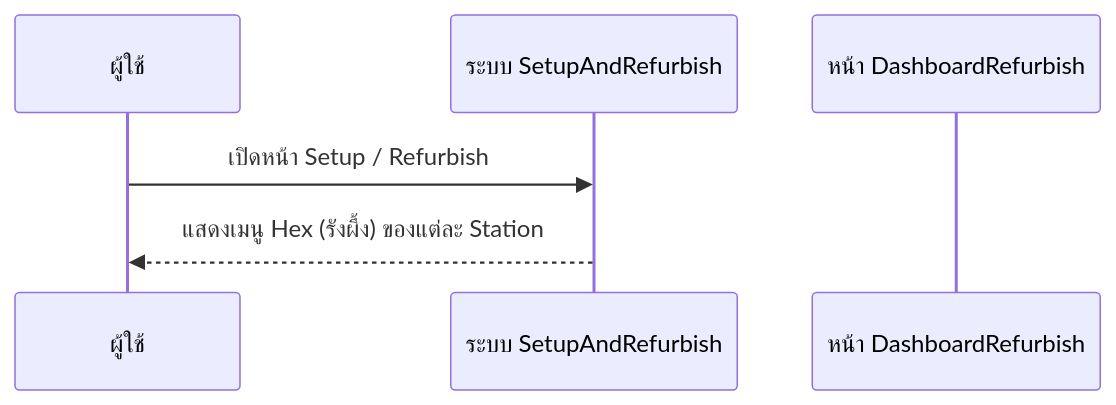
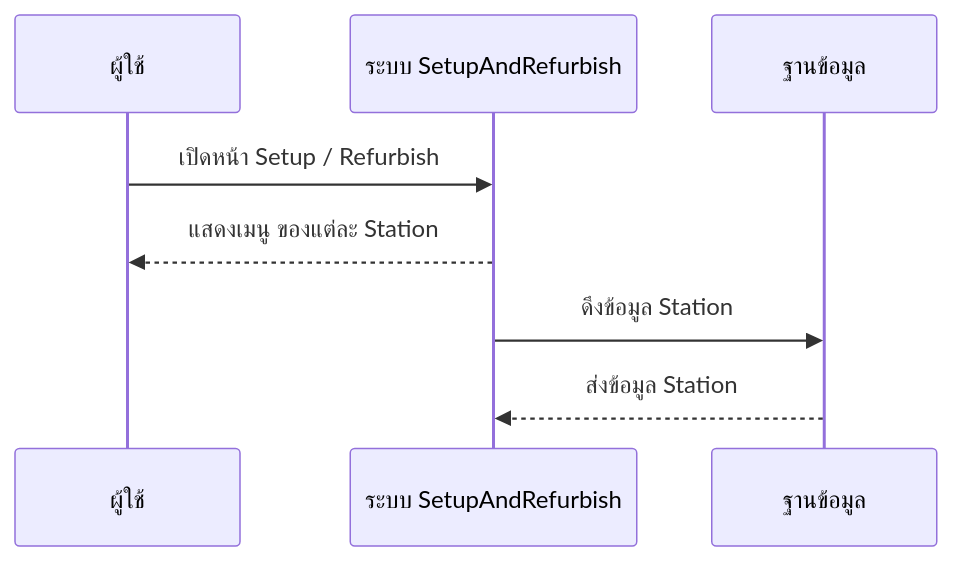
The first of 2 diagrams in docs/SetupAndRefurbish_SequenceDiagram.md (akkdach/pro-iot-mobile), drawn with Mermaid before and after one commit. The commit also changed 2 other files, not shown here.

````diff
--- a/docs/SetupAndRefurbish_SequenceDiagram.md
+++ b/docs/SetupAndRefurbish_SequenceDiagram.md
@@ -5,9 +5,11 @@
 ```mermaid
 sequenceDiagram
     participant U as ผู้ใช้
     participant SR as ระบบ SetupAndRefurbish
-    participant DB as หน้า DashboardRefurbish
+    participant DB as ฐานข้อมูล
 
     U->>SR: เปิดหน้า Setup / Refurbish
-    SR-->>U: แสดงเมนู Hex (รังผึ้ง) ของแต่ละ Station
+    SR-->>U: แสดงเมนู ของแต่ละ Station
+    SR->>DB: ดึงข้อมูล Station
+    DB-->>SR: ส่งข้อมูล Station
 ```
````
